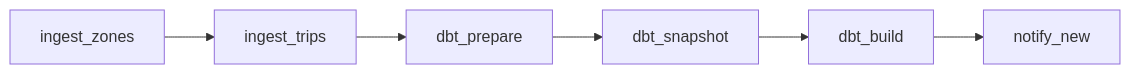
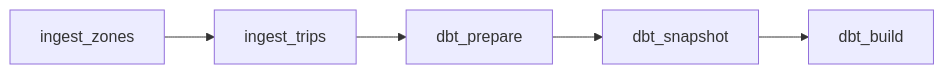
The second of 2 diagrams in docs/architecture.md (MerouaneRH/nyc-taxi-pipeline), drawn with Mermaid before and after one commit. The commit also changed other lines of this file and 5 other files, not shown here.

````diff
--- a/docs/architecture.md
+++ b/docs/architecture.md
@@ -47,4 +47,4 @@
 ```mermaid
 flowchart LR
-    ingest_zones --> ingest_trips --> dbt_prepare --> dbt_snapshot --> dbt_build --> notify_new
+    ingest_zones --> ingest_trips --> dbt_prepare --> dbt_snapshot --> dbt_build
 ```
````
